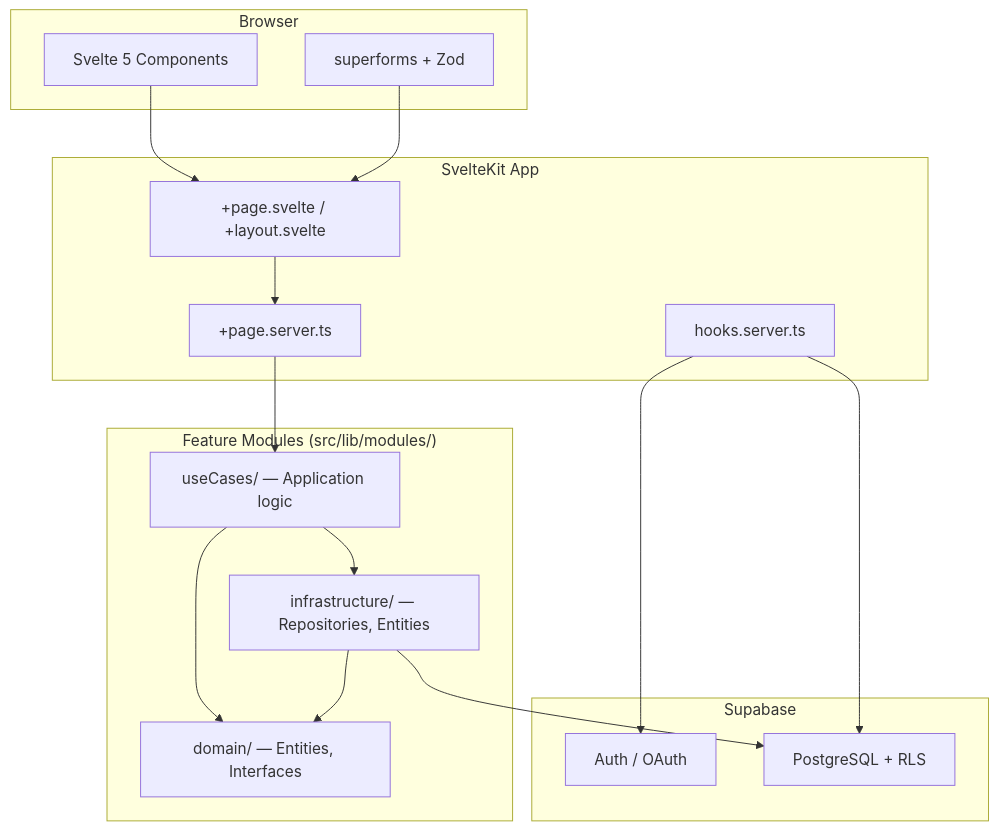
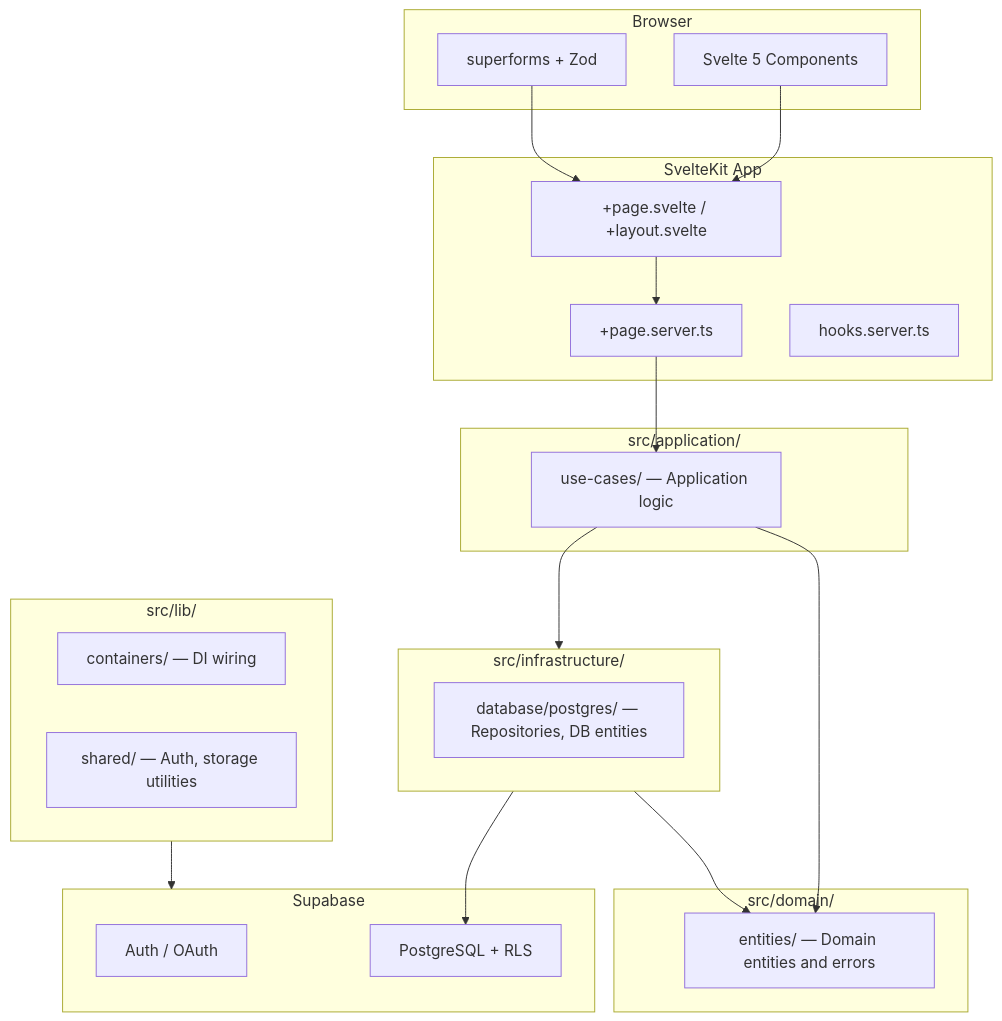
One commit to Agustin-Perezz/svelte-supabase-starter-template changed the diagram in docs/00_INDEX.md. Above: the diagram before and after it, drawn with Mermaid. The commit also changed other lines of this file and 2 other files, not shown here.

Commit message:
Update documentation to reflect new folder structure

````diff
--- a/docs/00_INDEX.md
+++ b/docs/00_INDEX.md
@@ -7,31 +7,38 @@
 ```mermaid
 graph TB
     subgraph Client["Browser"]
         UI["Svelte 5 Components"]
         Forms["superforms + Zod"]
     end
     subgraph SvelteKit["SvelteKit App"]
         Routes["+page.svelte / +layout.svelte"]
         Server["+page.server.ts"]
         Hooks["hooks.server.ts"]
     end
-    subgraph Modules["Feature Modules (src/lib/modules/)"]
-        Domain["domain/ — Entities, Interfaces"]
-        UseCases["useCases/ — Application logic"]
-        Infra["infrastructure/ — Repositories, Entities"]
+    subgraph Domain["src/domain/"]
+        Entities["entities/ — Domain entities and errors"]
+    end
+    subgraph Application["src/application/"]
+        UseCases["use-cases/ — Application logic"]
+    end
+    subgraph Infrastructure["src/infrastructure/"]
+        DB["database/postgres/ — Repositories, DB entities"]
+    end
+    subgraph Lib["src/lib/"]
+        Containers["containers/ — DI wiring"]
+        Shared["shared/ — Auth, storage utilities"]
     end
     subgraph Supabase["Supabase"]
         Auth["Auth / OAuth"]
-        DB["PostgreSQL + RLS"]
+        DB2["PostgreSQL + RLS"]
     end
     UI --> Routes
     Forms --> Routes
     Routes --> Server
     Server --> UseCases
-    UseCases --> Domain
-    UseCases --> Infra
-    Infra --> Domain
-    Infra --> DB
-    Hooks --> Auth
-    Hooks --> DB
+    UseCases --> Entities
+    UseCases --> Infrastructure
+    Infrastructure --> Entities
+    Infrastructure --> DB2
+    Lib --> Supabase
 ```
````
